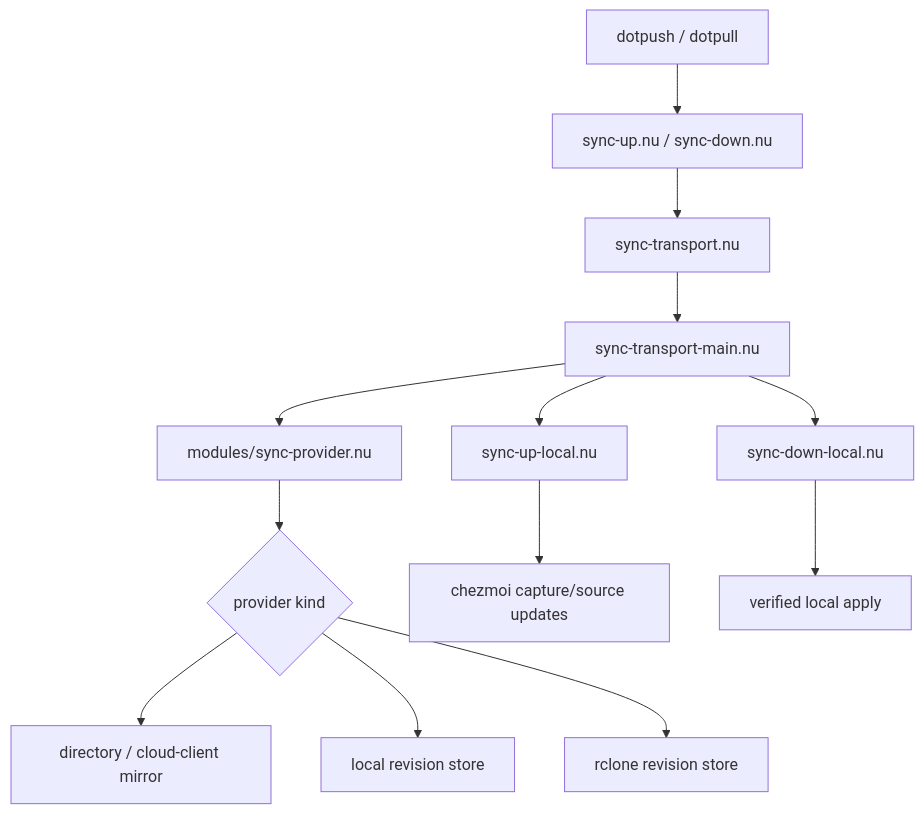
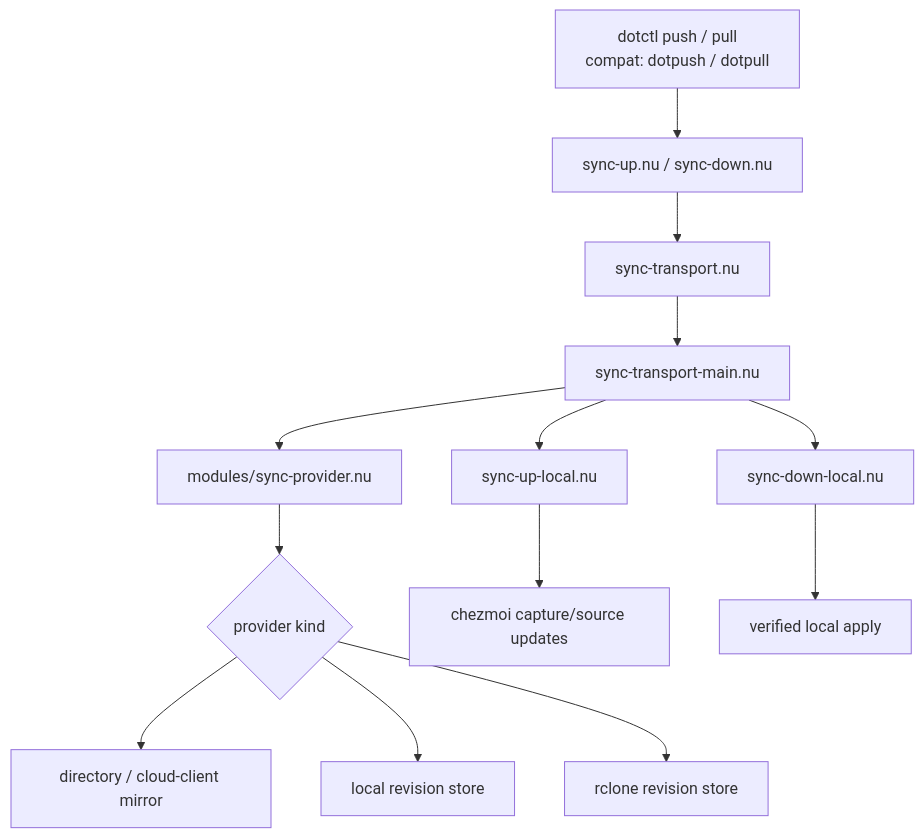
One commit to Kim-WooJong/Initial-setup changed the fourth of 11 diagrams in docs/wiki/Code-Architecture.md. Above: the diagram before and after it, drawn with Mermaid. The commit also changed other lines of this file and 172 other files, not shown here.

````diff
--- a/docs/wiki/Code-Architecture.md
+++ b/docs/wiki/Code-Architecture.md
@@ -174,16 +192,16 @@
 ```mermaid
 flowchart TD
-    D[dotpush / dotpull] --> T[sync-up.nu / sync-down.nu]
+    D[dotctl push / pull<br/>compat: dotpush / dotpull] --> T[sync-up.nu / sync-down.nu]
     T --> TR[sync-transport.nu]
     TR --> TM[sync-transport-main.nu]
     TM --> P[modules/sync-provider.nu]
     P --> K{provider kind}
     K --> DIR[directory / cloud-client mirror]
     K --> LOC[local revision store]
     K --> RC[rclone revision store]
 
     TM --> LU[sync-up-local.nu]
     TM --> LD[sync-down-local.nu]
     LU --> C[chezmoi capture/source updates]
     LD --> A[verified local apply]
 ```
````
